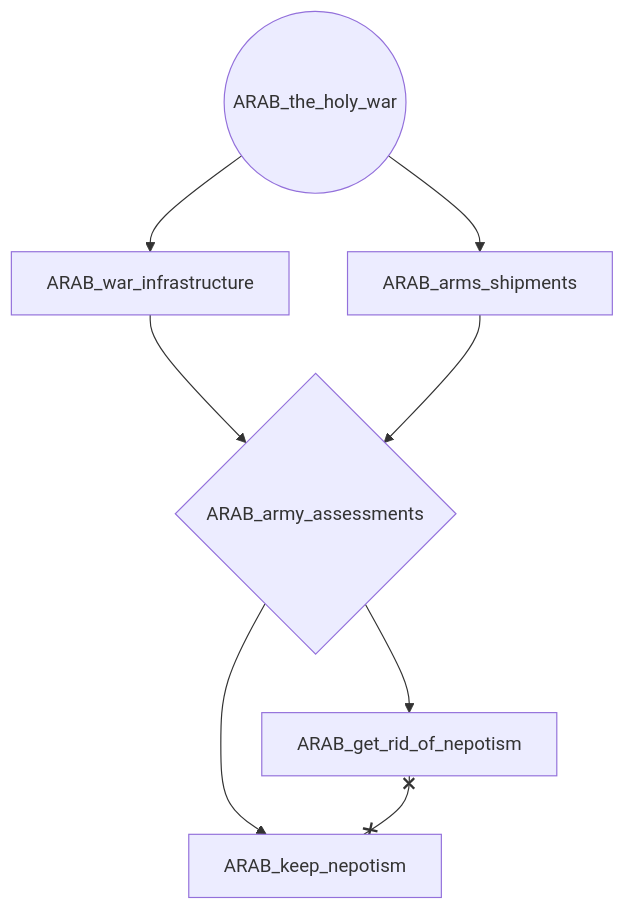
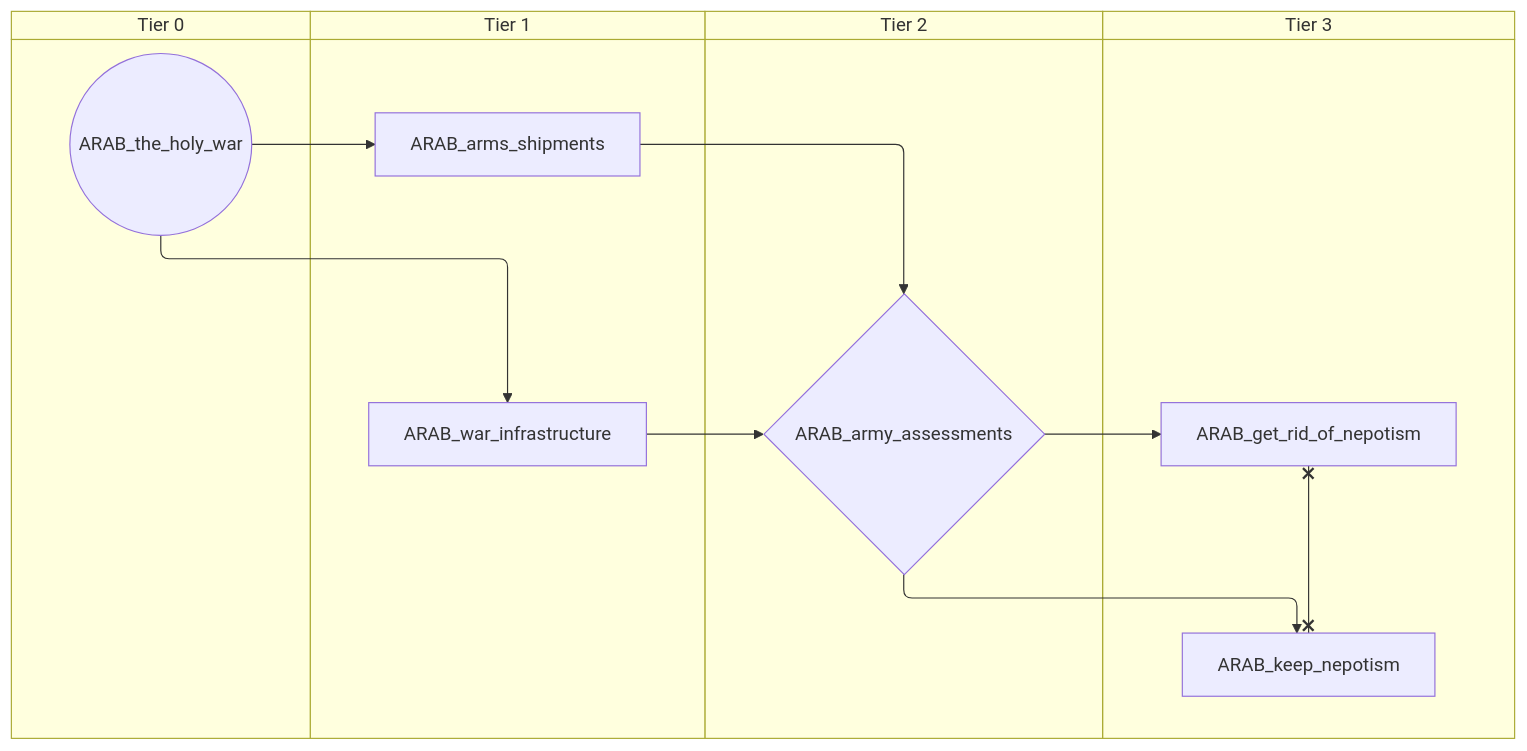
One commit to evgeny-sobol/hoi4-sandbox-mode-r56 changed the first of 2 diagrams in docs/gdd/National Focuses/r56/r56_arab_minor_military_shared.md. Above: the diagram before and after it, drawn with Mermaid. The commit also changed other lines of this file and 423 other files, not shown here.

First line of the commit message:
Re-export Rt56 focus trees as swimlane diagrams

````diff
--- a/docs/gdd/National Focuses/r56/r56_arab_minor_military_shared.md
+++ b/docs/gdd/National Focuses/r56/r56_arab_minor_military_shared.md
@@ -3,16 +3,24 @@
 ```mermaid
-flowchart TD
-    n1["ARAB_arms_shipments"]
-    n2{"ARAB_army_assessments"}
-    n3["ARAB_get_rid_of_nepotism"]
-    n4["ARAB_keep_nepotism"]
-    n5(("ARAB_the_holy_war"))
-    n6["ARAB_war_infrastructure"]
-    n5 --> n1
-    n6 --> n2
+swimlane-beta TD
+    subgraph tier_0["Tier 0"]
+        n1(("ARAB_the_holy_war"))
+    end
+    subgraph tier_1["Tier 1"]
+        n2["ARAB_arms_shipments"]
+        n3["ARAB_war_infrastructure"]
+    end
+    subgraph tier_2["Tier 2"]
+        n4{"ARAB_army_assessments"}
+    end
+    subgraph tier_3["Tier 3"]
+        n5["ARAB_get_rid_of_nepotism"]
+        n6["ARAB_keep_nepotism"]
+    end
     n1 --> n2
-    n2 --> n3
+    n3 --> n4
     n2 --> n4
-    n5 --> n6
-    n3 x--x n4
+    n4 --> n5
+    n4 --> n6
+    n1 --> n3
+    n5 x--x n6
 ```
````
